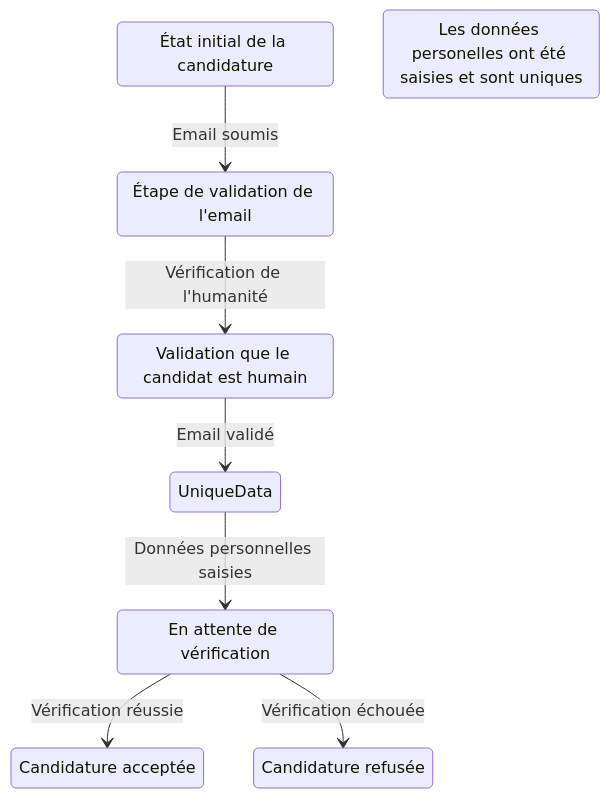
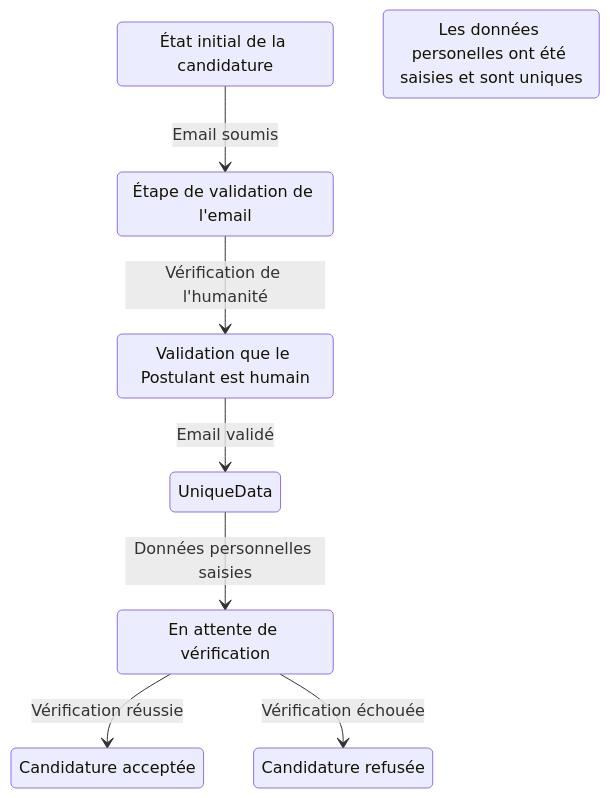
The second of 3 diagrams in docs/fr/Scénarios/Candidature.md (michaellaunay/alirpunkto), drawn with Mermaid before and after one commit. The commit also changed other lines of this file and 1 other file, not shown here.

````diff
--- a/docs/fr/Scénarios/Candidature.md
+++ b/docs/fr/Scénarios/Candidature.md
@@ -177,18 +184,18 @@
 ```mermaid
 stateDiagram
     Draft: État initial de la candidature
     EmailValidation: Étape de validation de l'email
-    ConfirmedHuman: Validation que le candidat est humain
+    ConfirmedHuman: Validation que le Postulant est humain
     UniqueDatas: Les données personelles ont été saisies et sont uniques
     Pending: En attente de vérification
     Approved: Candidature acceptée
     Refused: Candidature refusée
 
     Draft --> EmailValidation: Email soumis
     EmailValidation --> ConfirmedHuman: Vérification de l'humanité
     ConfirmedHuman --> UniqueData: Email validé
     UniqueData --> Pending : Données personnelles saisies
     Pending --> Approved: Vérification réussie
     Pending --> Refused: Vérification échouée
 
 ```
````
